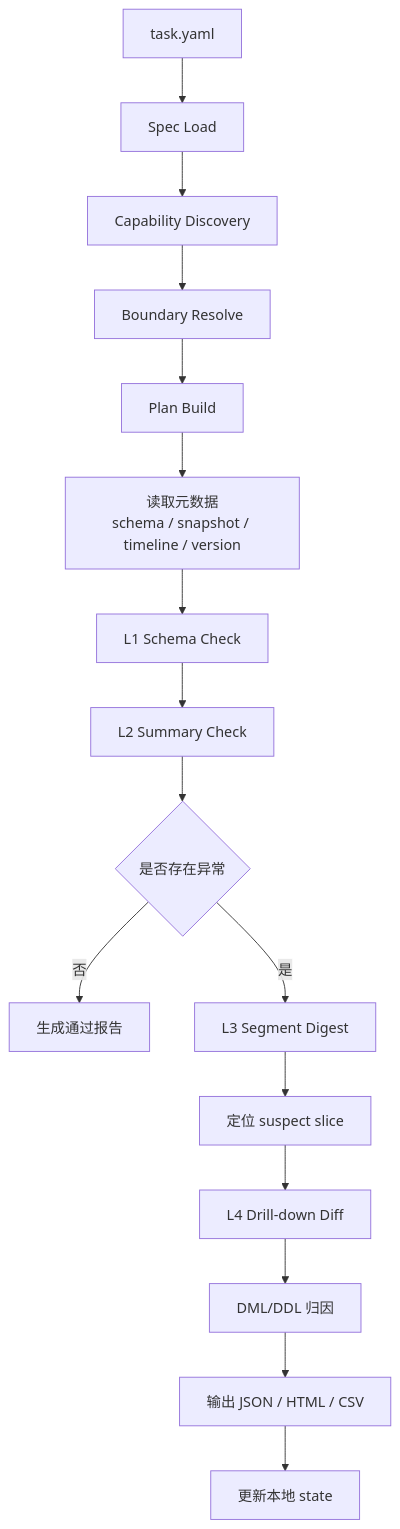
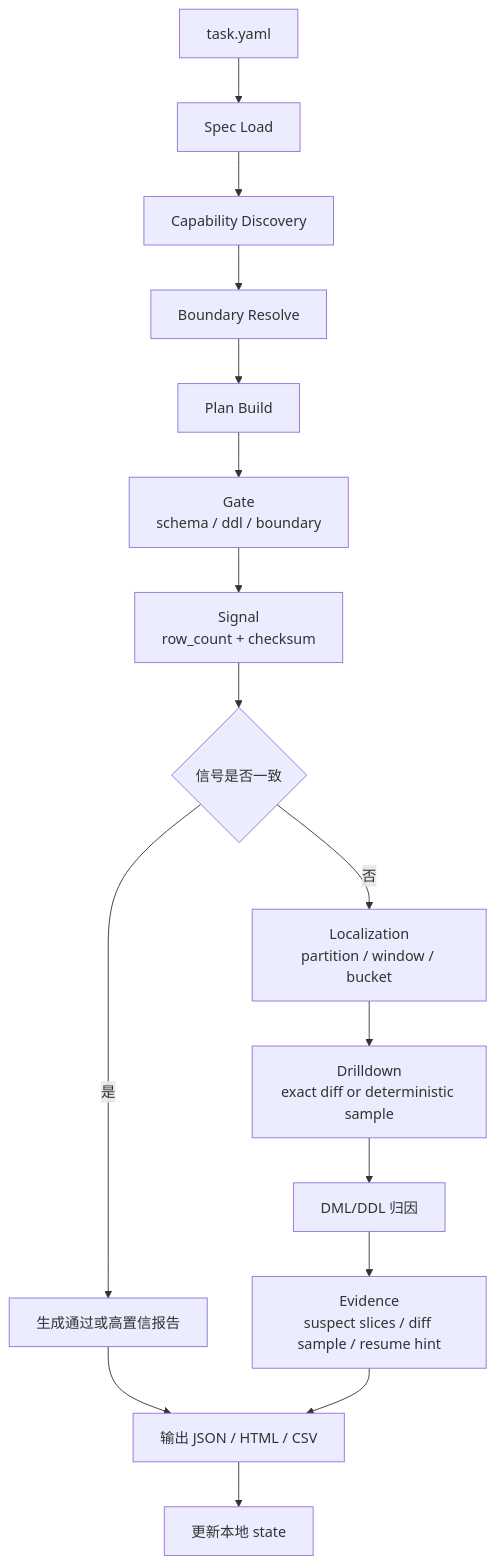
One commit to yzeng1618/DataAudit changed the seventh of 10 diagrams in docs/design.md. Above: the diagram before and after it, drawn with Mermaid. The commit also changed other lines of this file and 71 other files, not shown here.

````diff
--- a/docs/design.md
+++ b/docs/design.md
@@ -309,18 +602,18 @@
 ```mermaid
 flowchart TD
   A[task.yaml] --> B[Spec Load]
   B --> C[Capability Discovery]
   C --> D[Boundary Resolve]
   D --> E[Plan Build]
-  E --> F[读取元数据<br/>schema / snapshot / timeline / version]
-  F --> G[L1 Schema Check]
-  G --> H[L2 Summary Check]
-  H --> I{是否存在异常}
-  I -- 否 --> J[生成通过报告]
-  I -- 是 --> K[L3 Segment Digest]
-  K --> L[定位 suspect slice]
-  L --> M[L4 Drill-down Diff]
-  M --> N[DML/DDL 归因]
-  N --> O[输出 JSON / HTML / CSV]
-  O --> P[更新本地 state]
+  E --> F[Gate<br/>schema / ddl / boundary]
+  F --> G[Signal<br/>row_count + checksum]
+  G --> H{信号是否一致}
+  H -- 否 --> I[Localization<br/>partition / window / bucket]
+  I --> J[Drilldown<br/>exact diff or deterministic sample]
+  H -- 是 --> K[生成通过或高置信报告]
+  J --> L[DML/DDL 归因]
+  L --> M[Evidence<br/>suspect slices / diff sample / resume hint]
+  K --> N[输出 JSON / HTML / CSV]
+  M --> N
+  N --> O[更新本地 state]
 ```
````
